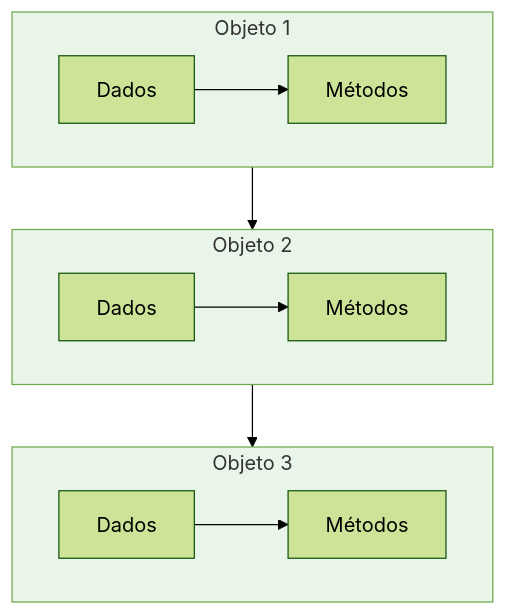
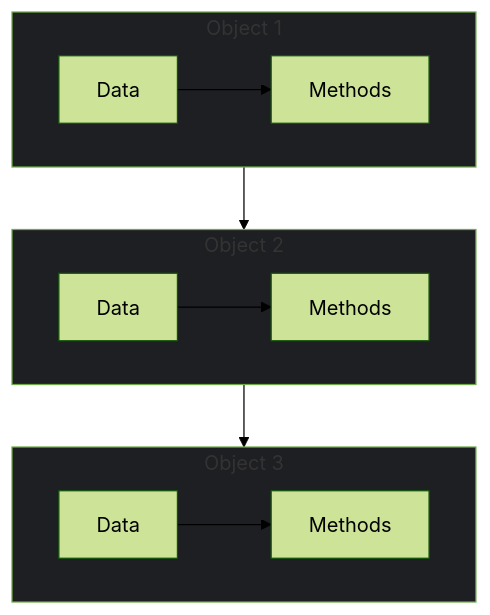
One commit to ThayronyVonHeld/java-backend-journey changed the second of 2 diagrams in Readme - Lessons/object-oriented-programming(oop)/Lesson 1 - What is OOP/lesson-01-en.md. Above: the diagram before and after it, drawn with Mermaid (forest theme). The commit also changed other lines of this file and 3 other files, not shown here.

````diff
--- a/Readme - Lessons/object-oriented-programming(oop)/Lesson 1 - What is OOP/lesson-01-en.md
+++ b/Readme - Lessons/object-oriented-programming(oop)/Lesson 1 - What is OOP/lesson-01-en.md
@@ -105,21 +108,21 @@
 ```mermaid
 flowchart TD
-    subgraph O1 [Objeto 1]
-        D1[Dados] --> M1[Métodos]
+    subgraph O1 [Object 1]
+        D1[Data] --> M1[Methods]
     end
-    
-    subgraph O2 [Objeto 2]
-        D2[Dados] --> M2[Métodos]
+
+    subgraph O2 [Object 2]
+        D2[Data] --> M2[Methods]
     end
-    
-    subgraph O3 [Objeto 3]
-        D3[Dados] --> M3[Métodos]
+
+    subgraph O3 [Object 3]
+        D3[Data] --> M3[Methods]
     end
-    
+
     O1 --> O2
     O2 --> O3
-    
-    style O1 fill:#e8f5e8
-    style O2 fill:#e8f5e8
-    style O3 fill:#e8f5e8
+
+    style O1 fill:#1E1F22
+    style O2 fill:#1E1F22
+    style O3 fill:#1E1F22
 ```
````
